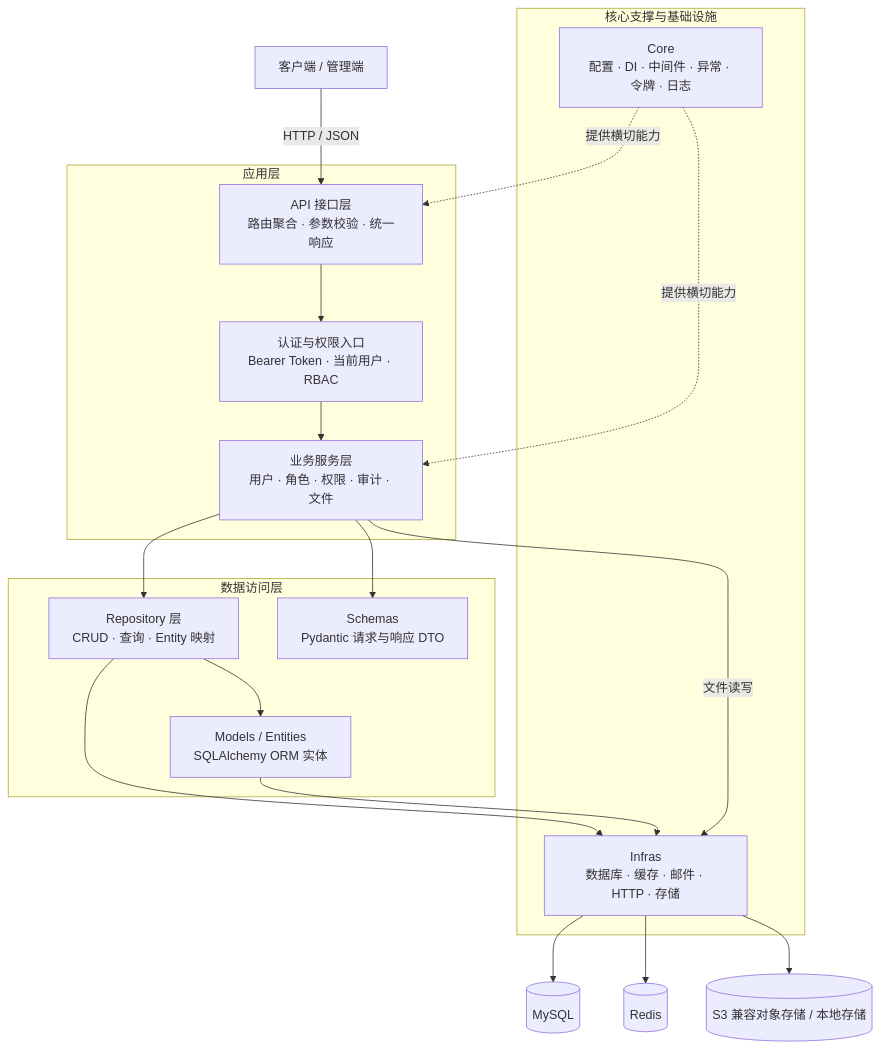
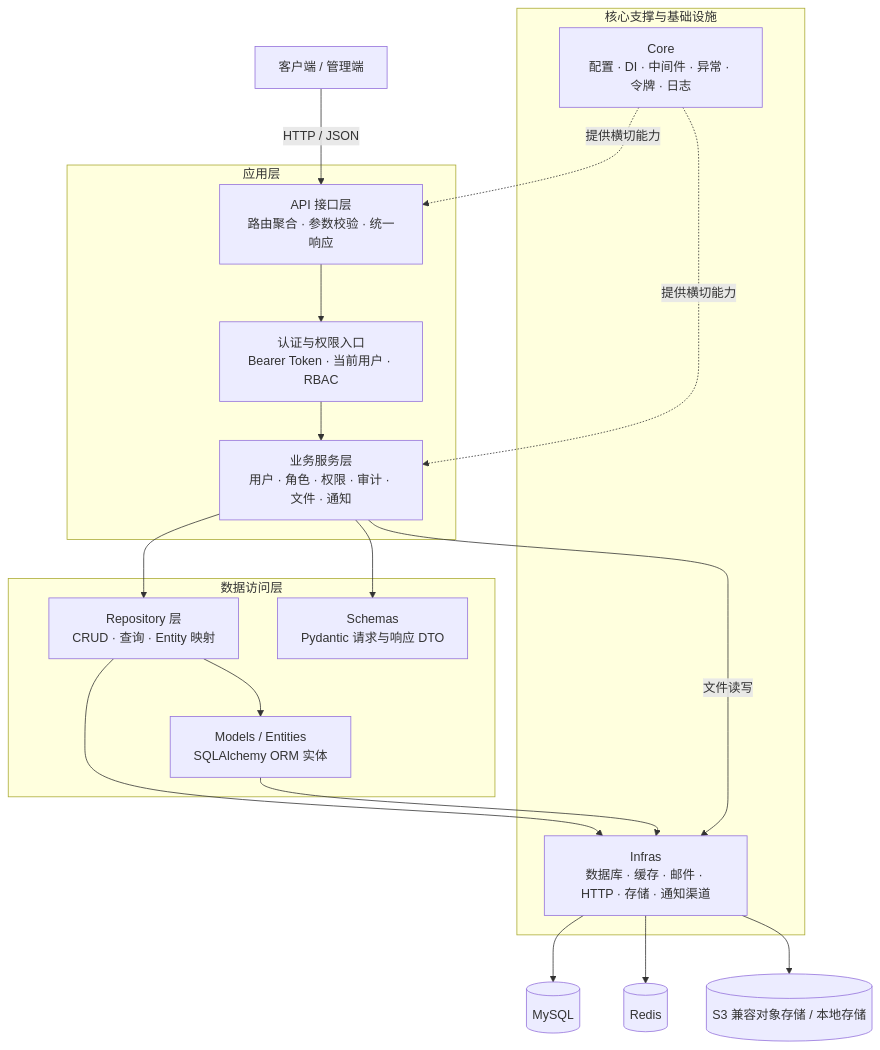
Before and after one commit to cross-lang/x-HanJiang: the first of 3 diagrams in README.md, drawn with Mermaid. The commit also changed other lines of this file and 6 other files, not shown here.

````diff
--- a/README.md
+++ b/README.md
@@ -236,29 +244,29 @@
 ```mermaid
 flowchart TB
   Client[客户端 / 管理端] -->|HTTP / JSON| API[API 接口层<br/>路由聚合 · 参数校验 · 统一响应]
 
   subgraph Application[应用层]
     API --> Auth[认证与权限入口<br/>Bearer Token · 当前用户 · RBAC]
-    Auth --> Service[业务服务层<br/>用户 · 角色 · 权限 · 审计 · 文件]
+    Auth --> Service[业务服务层<br/>用户 · 角色 · 权限 · 审计 · 文件 · 通知]
   end
 
   subgraph Data[数据访问层]
     Service --> Repository[Repository 层<br/>CRUD · 查询 · Entity 映射]
     Repository --> Entity[Models / Entities<br/>SQLAlchemy ORM 实体]
     Service --> Schema[Schemas<br/>Pydantic 请求与响应 DTO]
   end
 
   subgraph Support[核心支撑与基础设施]
     Core[Core<br/>配置 · DI · 中间件 · 异常 · 令牌 · 日志]
-    Infra[Infras<br/>数据库 · 缓存 · 邮件 · HTTP · 存储]
+    Infra[Infras<br/>数据库 · 缓存 · 邮件 · HTTP · 存储 · 通知渠道]
   end
 
   Core -.提供横切能力.-> API
   Core -.提供横切能力.-> Service
   Repository --> Infra
   Entity --> Infra
   Service -->|文件读写| Infra
   Infra --> DB[(MySQL)]
   Infra --> Redis[(Redis)]
   Infra --> OSS[(S3 兼容对象存储 / 本地存储)]
 ```
````
